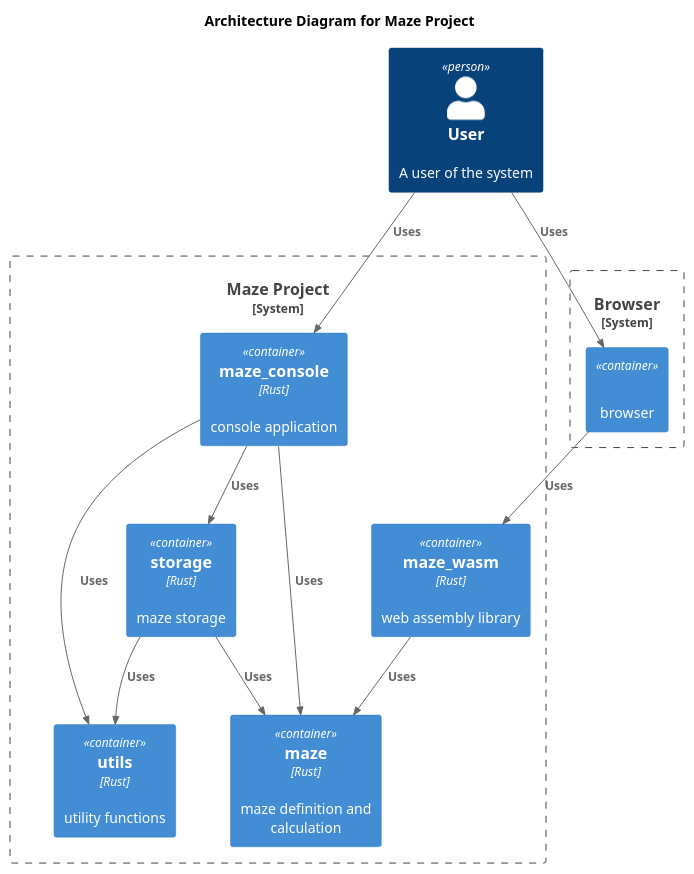
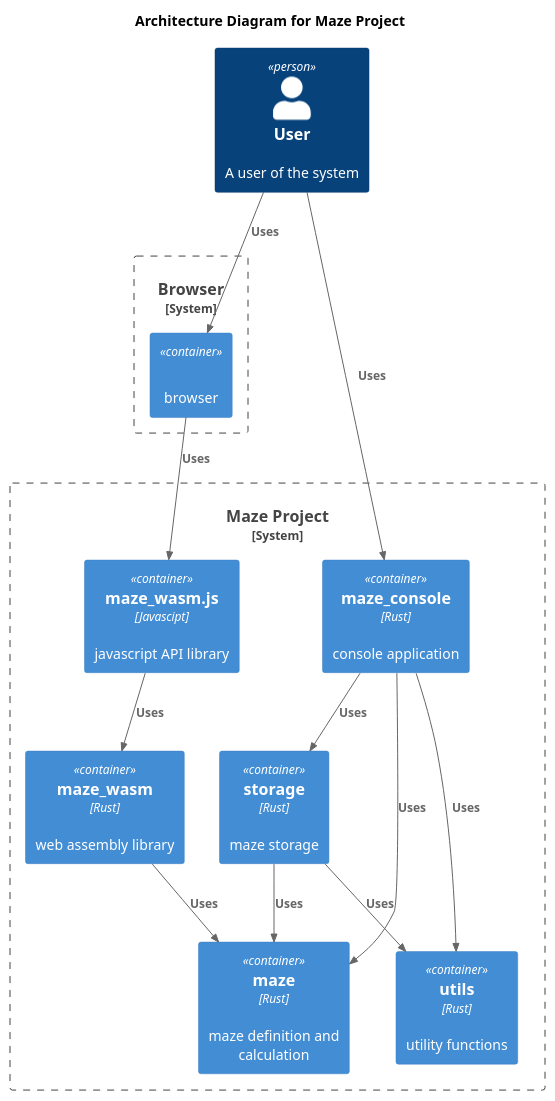
One commit to budgiedownunder/maze changed the diagram in docs/diagrams/architecture.puml. Above: the diagram before and after it, drawn with PlantUML.

Commit message:
Update architecture diagram to include maze_wasm.js

```diff
--- a/docs/diagrams/architecture.puml
+++ b/docs/diagrams/architecture.puml
@@ -1,31 +1,33 @@
 @startuml
 
 !include https://raw.githubusercontent.com/plantuml-stdlib/C4-PlantUML/master/C4_Container.puml
 
 title Architecture Diagram for Maze Project
 
 Person(user, "User", "A user of the system")
 
 System_Boundary(c1, "Browser") {
     Container(browser, "", "", "browser")
 }
 
 System_Boundary(c2, "Maze Project") {
+    Container(maze_wasm_js, "maze_wasm.js", "Javascipt", "javascript API library")
     Container(maze_wasm, "maze_wasm", "Rust", "web assembly library")
     Container(maze_console, "maze_console", "Rust", "console application")
     Container(storage, "storage", "Rust", "maze storage")
     Container(maze, "maze", "Rust", "maze definition and calculation")
     Container(utils, "utils", "Rust", "utility functions")
 }
 
 Rel(user, maze_console, "Uses")
 Rel(maze_console, maze, "Uses")
 Rel(maze_console, storage, "Uses")
 Rel(maze_console, utils, "Uses")
 Rel(user, browser, "Uses")
-Rel(browser, maze_wasm, "Uses")
+Rel(browser, maze_wasm_js, "Uses")
+Rel(maze_wasm_js, maze_wasm, "Uses")
 Rel(maze_wasm, maze, "Uses")
 Rel(storage, maze, "Uses")
 Rel(storage, utils, "Uses")
 
 @enduml
```
